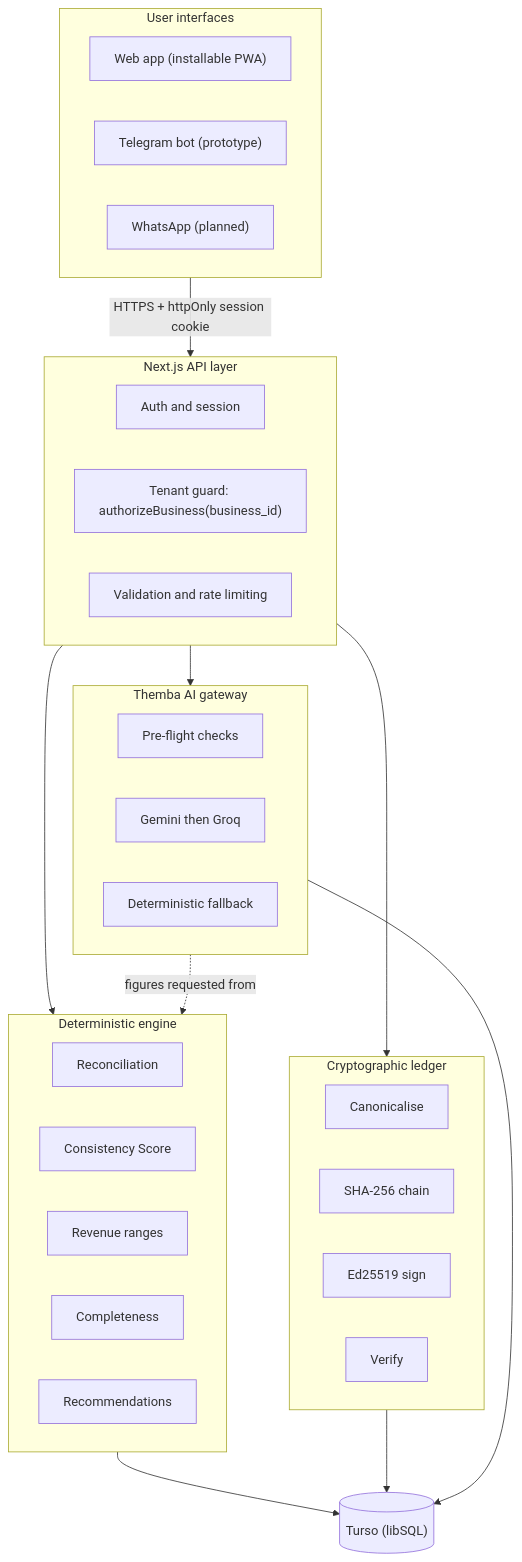
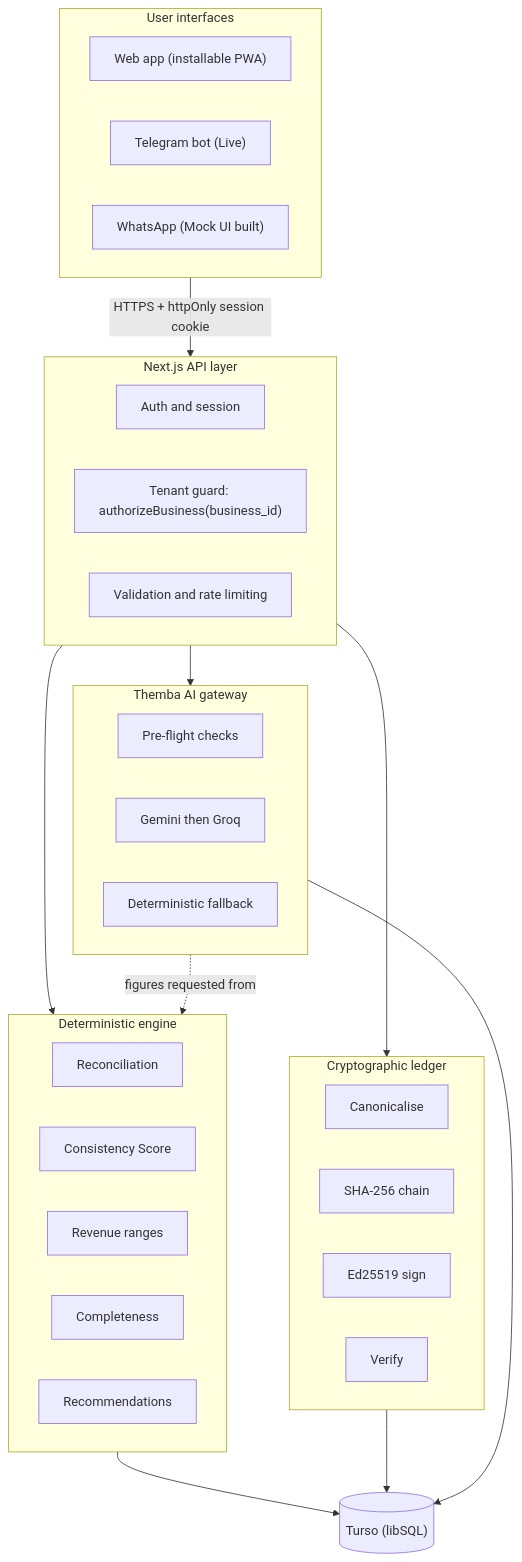
One commit to vna-07/scribe-app changed the ninth of 11 diagrams in README.md. Above: the diagram before and after it, drawn with Mermaid. The commit also changed other lines of this file, not shown here.

````diff
--- a/README.md
+++ b/README.md
@@ -687,39 +728,39 @@
 ```mermaid
 flowchart TB
     subgraph Clients["User interfaces"]
         WEB["Web app (installable PWA)"]
-        TG["Telegram bot (prototype)"]
-        WA["WhatsApp (planned)"]
+        TG["Telegram bot (Live)"]
+        WA["WhatsApp (Mock UI built)"]
     end
     Clients -->|"HTTPS + httpOnly session cookie"| API
     subgraph API["Next.js API layer"]
         AUTH["Auth and session"]
         GUARD["Tenant guard: authorizeBusiness(business_id)"]
         VAL["Validation and rate limiting"]
     end
     API --> ENG
     API --> LED
     API --> AI
     subgraph ENG["Deterministic engine"]
         E1["Reconciliation"]
         E2["Consistency Score"]
         E3["Revenue ranges"]
         E4["Completeness"]
         E5["Recommendations"]
     end
     subgraph LED["Cryptographic ledger"]
         L1["Canonicalise"]
         L2["SHA-256 chain"]
         L3["Ed25519 sign"]
         L4["Verify"]
     end
     subgraph AI["Themba AI gateway"]
         A1["Pre-flight checks"]
         A2["Gemini then Groq"]
         A3["Deterministic fallback"]
     end
     ENG --> DB[("Turso (libSQL)")]
     LED --> DB
     AI --> DB
     AI -. "figures requested from" .-> ENG
 ```
````
